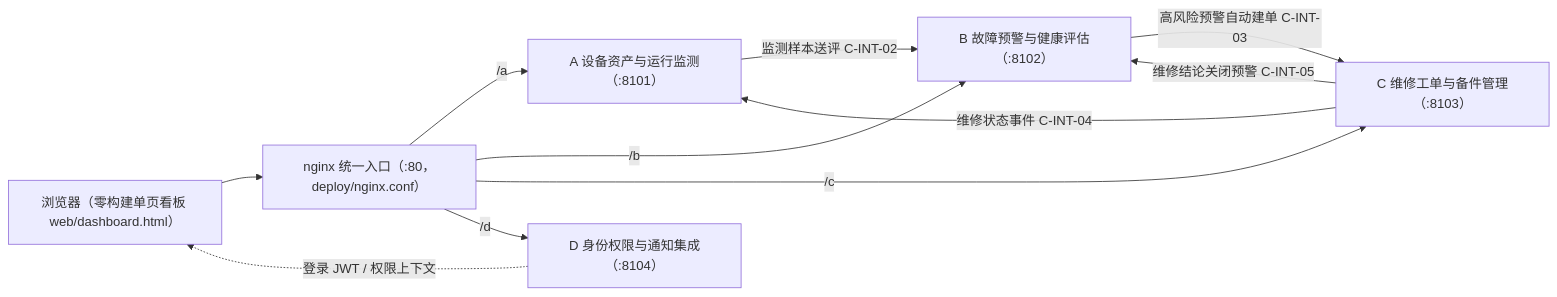
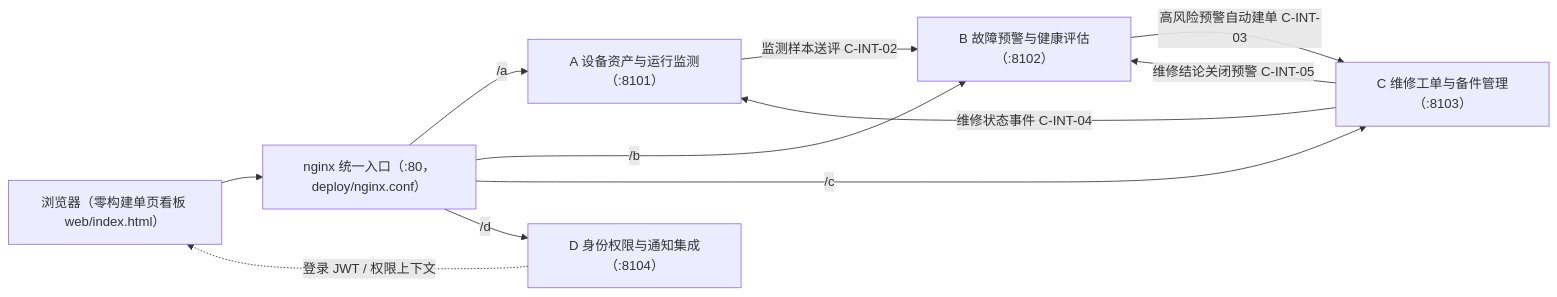
Before and after one commit to SlaterZhang/maintenance-work-order-system: the diagram in README.md, drawn with Mermaid. The commit also changed other lines of this file and 8 other files, not shown here.

````diff
--- a/README.md
+++ b/README.md
@@ -14,20 +14,20 @@
 ```mermaid
 graph LR
-    BR["浏览器（零构建单页看板 web/dashboard.html）"]
+    BR["浏览器（零构建单页看板 web/index.html）"]
     NG["nginx 统一入口（:80，deploy/nginx.conf）"]
     A["A 设备资产与运行监测（:8101）"]
     B["B 故障预警与健康评估（:8102）"]
     C["C 维修工单与备件管理（:8103）"]
     D["D 身份权限与通知集成（:8104）"]
 
     BR --> NG
     NG -->|"/a"| A
     NG -->|"/b"| B
     NG -->|"/c"| C
     NG -->|"/d"| D
     A -->|"监测样本送评 C-INT-02"| B
     B -->|"高风险预警自动建单 C-INT-03"| C
     C -->|"维修状态事件 C-INT-04"| A
     C -->|"维修结论关闭预警 C-INT-05"| B
     D -.->|"登录 JWT / 权限上下文"| BR
 ```
````
